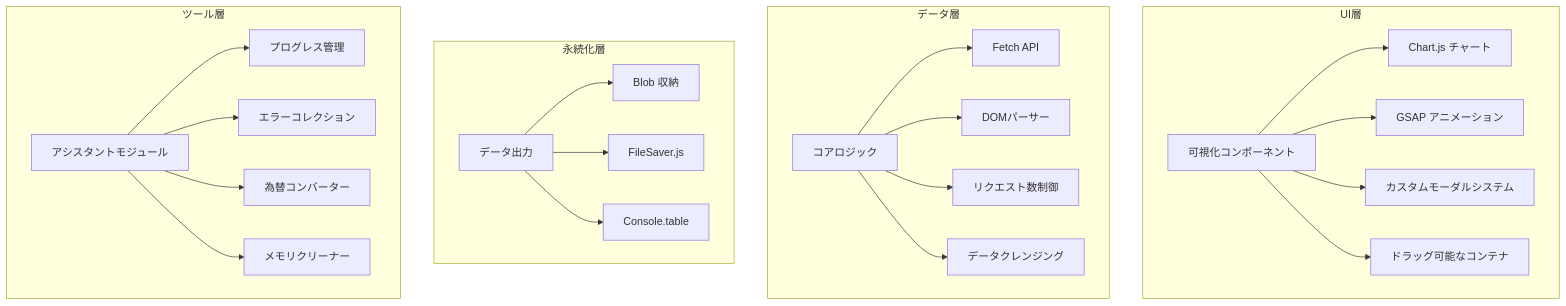
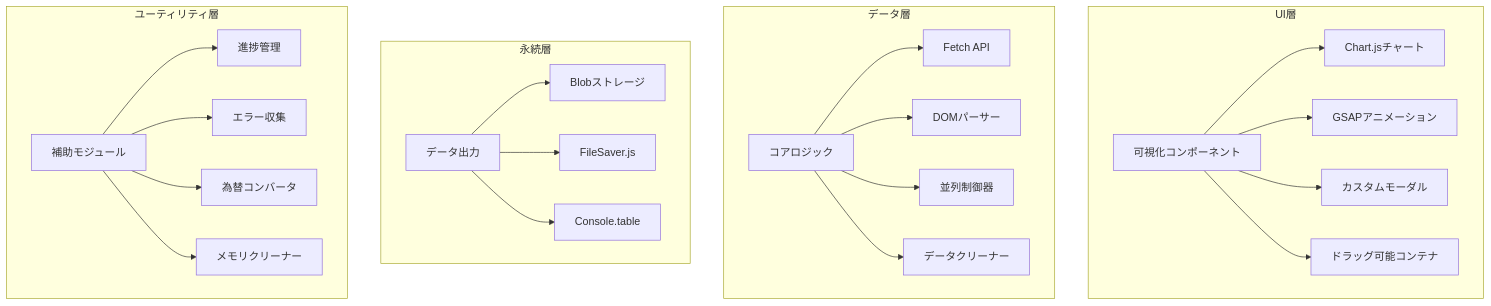
One commit to linyaocrush/DLsite-Purchase-Analyzer changed the fifth of 6 diagrams in README-JP.md. Above: the diagram before and after it, drawn with Mermaid. The commit also changed other lines of this file, not shown here.

````diff
--- a/README-JP.md
+++ b/README-JP.md
@@ -294,29 +279,29 @@
 ```mermaid
 graph TB
     subgraph UI層
-        A[可視化コンポーネント] --> A1[Chart.js チャート]
-        A --> A2[GSAP アニメーション]
-        A --> A3[カスタムモーダルシステム]
-        A --> A4[ドラッグ可能なコンテナ]
+        A[可視化コンポーネント] --> A1[Chart.jsチャート]
+        A --> A2[GSAPアニメーション]
+        A --> A3[カスタムモーダル]
+        A --> A4[ドラッグ可能コンテナ]
     end
-
+    
     subgraph データ層
         B[コアロジック] --> B1[Fetch API]
         B --> B2[DOMパーサー]
-        B --> B3[リクエスト数制御]
-        B --> B4[データクレンジング]
+        B --> B3[並列制御器]
+        B --> B4[データクリーナー]
     end
-
-    subgraph 永続化層
-        C[データ出力] --> C1[Blob 収納]
+    
+    subgraph 永続層
+        C[データ出力] --> C1[Blobストレージ]
         C --> C2[FileSaver.js]
         C --> C3[Console.table]
     end
-
-    subgraph ツール層
-        D[アシスタントモジュール] --> D1[プログレス管理]
-        D --> D2[エラーコレクション]
-        D --> D3[為替コンバーター]
+    
+    subgraph ユーティリティ層
+        D[補助モジュール] --> D1[進捗管理]
+        D --> D2[エラー収集]
+        D --> D3[為替コンバータ]
         D --> D4[メモリクリーナー]
     end
 ```
````
